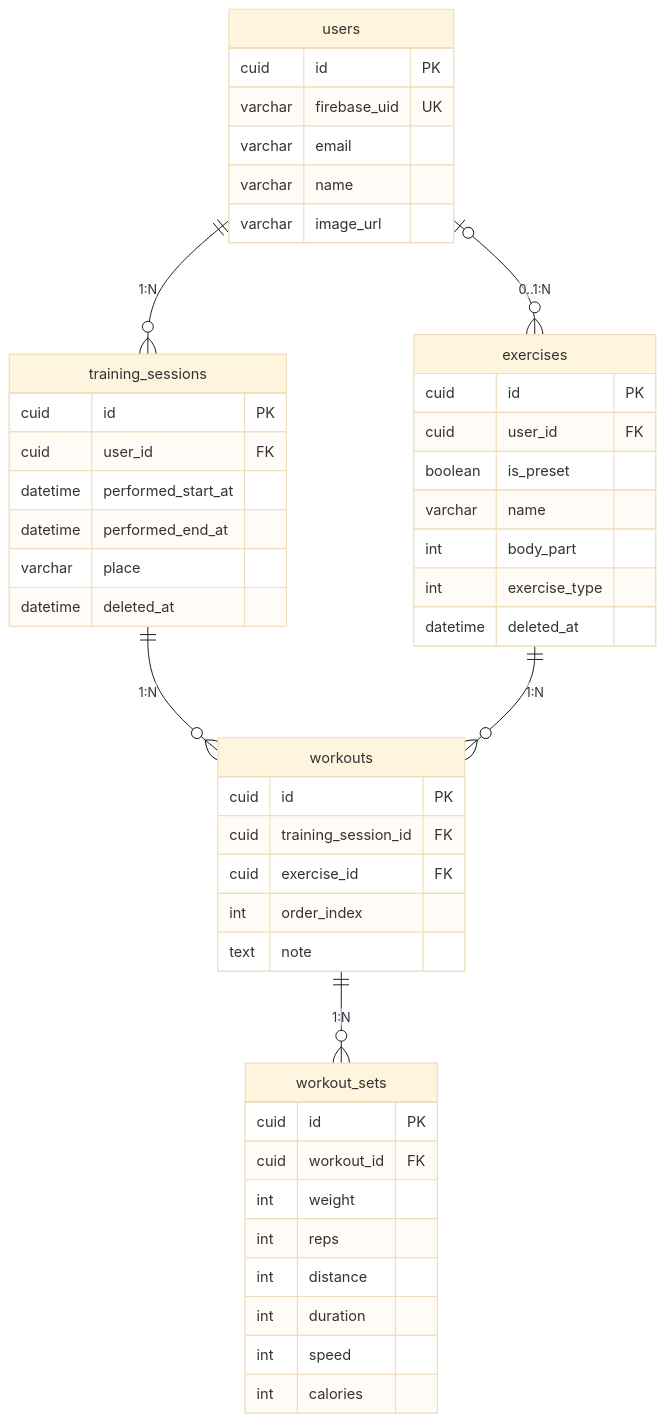
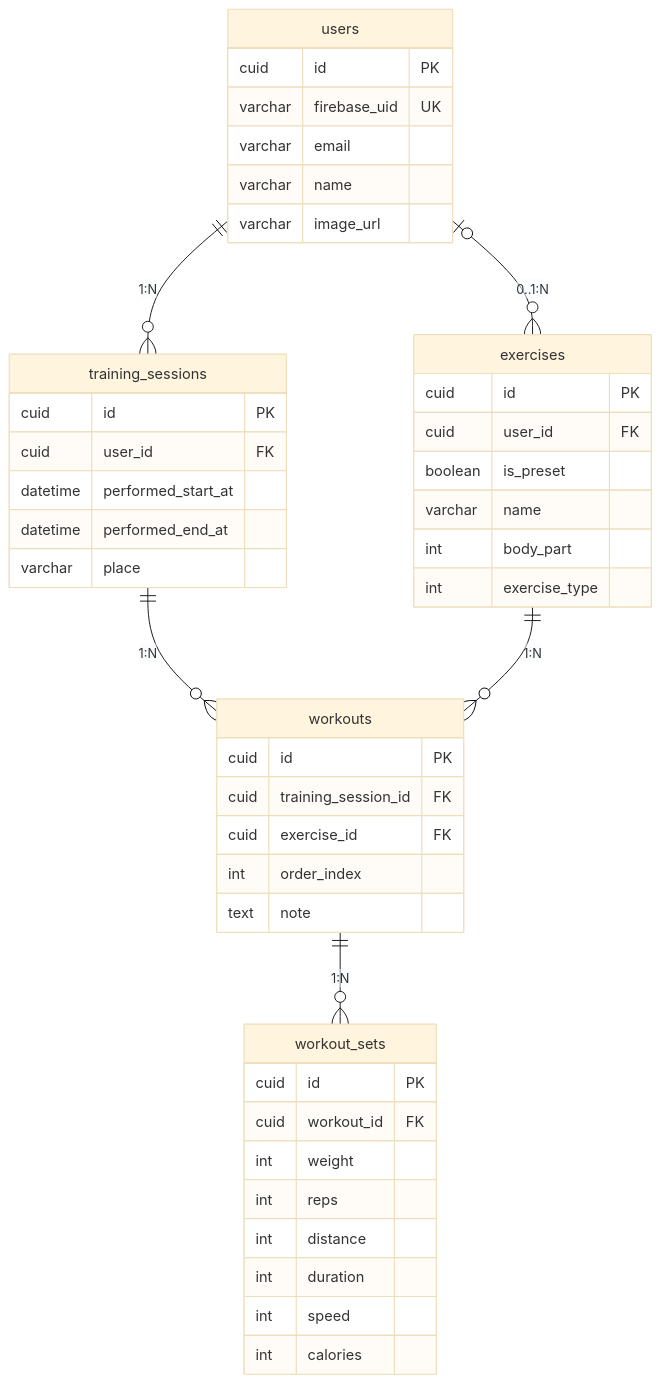
The diagram in docs/db-table-structure.md (ANTON072/gym-note-api-ts), drawn with Mermaid (base theme) before and after one commit. The commit also changed other lines of this file and 24 other files, not shown here.

````diff
--- a/docs/db-table-structure.md
+++ b/docs/db-table-structure.md
@@ -58,54 +58,52 @@
 ```mermaid
 erDiagram
     users ||--o{ training_sessions : "1:N"
     users |o--o{ exercises : "0..1:N"
     training_sessions ||--o{ workouts : "1:N"
     exercises ||--o{ workouts : "1:N"
     workouts ||--o{ workout_sets : "1:N"
 
     users {
         cuid id PK
         varchar firebase_uid UK
         varchar email
         varchar name
         varchar image_url
     }
 
     training_sessions {
         cuid id PK
         cuid user_id FK
         datetime performed_start_at
         datetime performed_end_at
         varchar place
-        datetime deleted_at
     }
 
     exercises {
         cuid id PK
         cuid user_id FK
         boolean is_preset
         varchar name
         int body_part
         int exercise_type
-        datetime deleted_at
     }
 
     workouts {
         cuid id PK
         cuid training_session_id FK
         cuid exercise_id FK
         int order_index
         text note
     }
 
     workout_sets {
         cuid id PK
         cuid workout_id FK
         int weight
         int reps
         int distance
         int duration
         int speed
         int calories
     }
 ```
````
